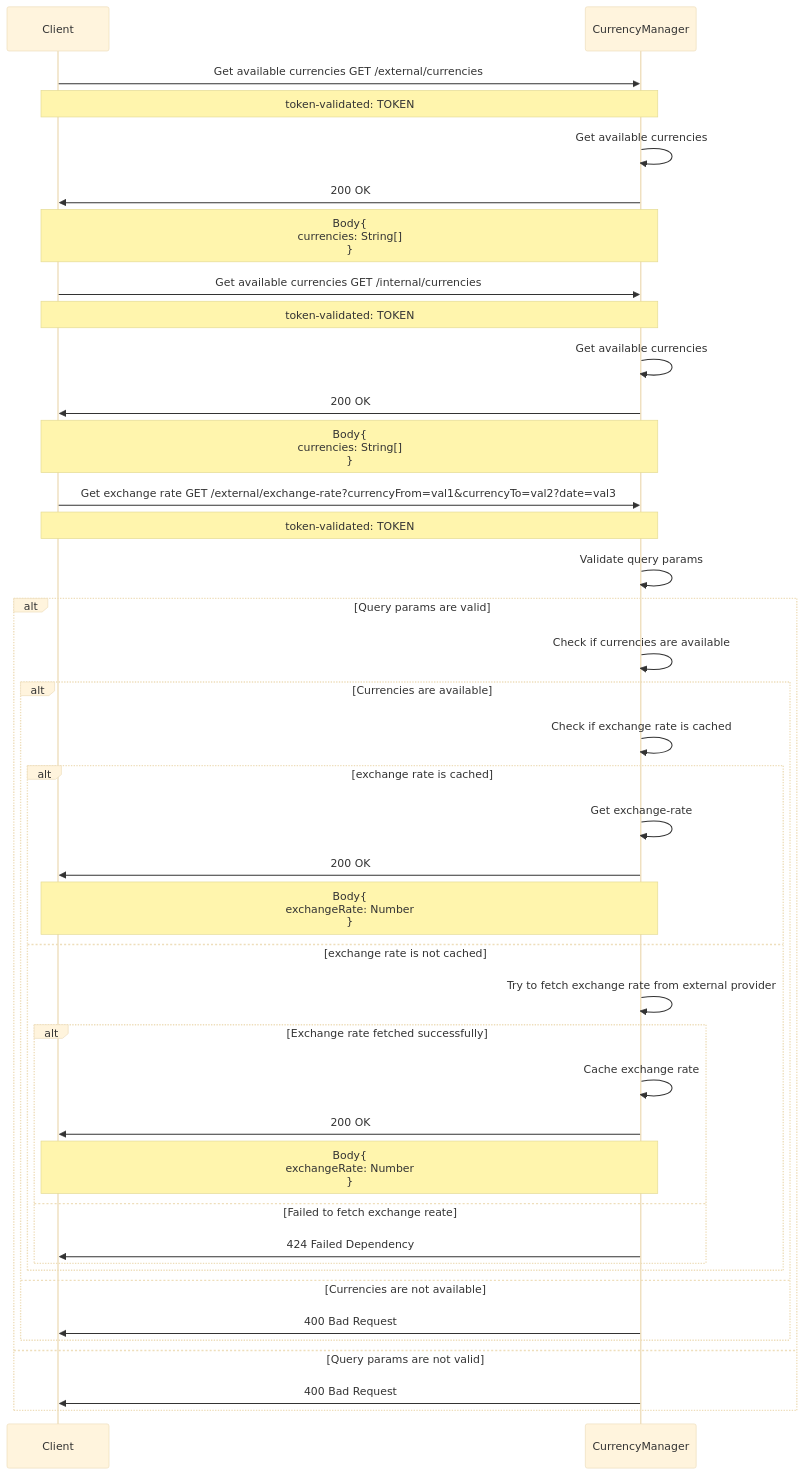
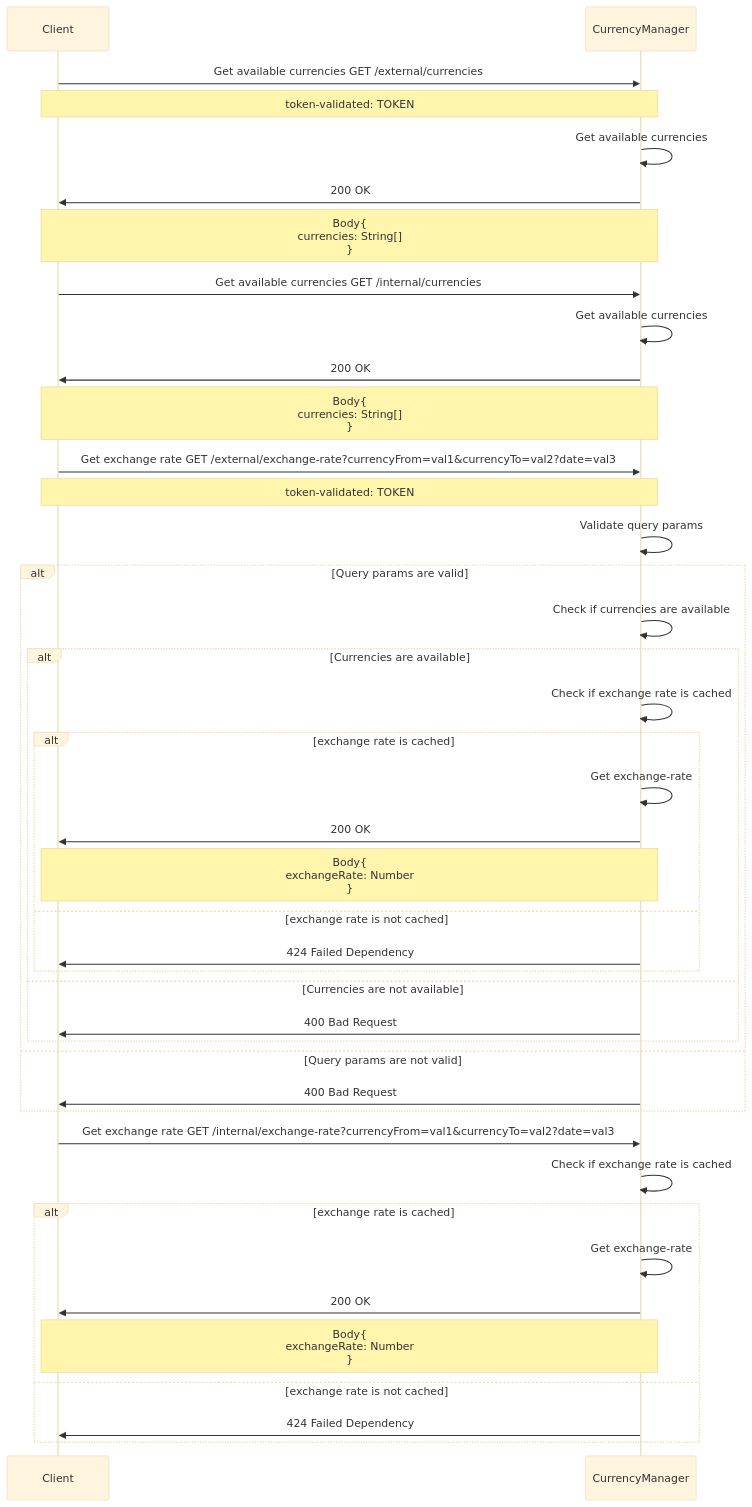
Before and after one commit to Group-Expense-Manager/gem-docs: diagram 16 of 18 in docs/contracts.md, drawn with Mermaid (base theme). The commit also changed other lines of this file, not shown here.

````diff
--- a/docs/contracts.md
+++ b/docs/contracts.md
@@ -780,52 +782,49 @@
 ```mermaid
 sequenceDiagram
     participant Client
     participant CurrencyManager
     
     
     Client->>CurrencyManager: Get available currencies GET /external/currencies
     Note over Client,CurrencyManager: token-validated: TOKEN
     CurrencyManager->>CurrencyManager: Get available currencies
     CurrencyManager->>Client: 200 OK
     Note over CurrencyManager,Client: Body{<br> currencies: String[]<br>}
 
     Client->>CurrencyManager: Get available currencies GET /internal/currencies
-    Note over Client,CurrencyManager: token-validated: TOKEN
     CurrencyManager->>CurrencyManager: Get available currencies
     CurrencyManager->>Client: 200 OK
     Note over CurrencyManager,Client: Body{<br> currencies: String[]<br>}
 
     Client->>CurrencyManager: Get exchange rate GET /external/exchange-rate?currencyFrom=val1&currencyTo=val2?date=val3
     Note over Client,CurrencyManager: token-validated: TOKEN
     CurrencyManager->>CurrencyManager: Validate query params
     alt Query params are valid
         CurrencyManager->>CurrencyManager: Check if currencies are available
         alt Currencies are available
             CurrencyManager->>CurrencyManager: Check if exchange rate is cached
             alt exchange rate is cached
                 CurrencyManager->>CurrencyManager: Get exchange-rate
                 CurrencyManager->>Client: 200 OK
                 Note over CurrencyManager,Client: Body{<br> exchangeRate: Number<br>}
             else exchange rate is not cached
-                CurrencyManager->>CurrencyManager: Try to fetch exchange rate from external provider
-                alt Exchange rate fetched successfully
-                    CurrencyManager->>CurrencyManager: Cache exchange rate
-                    CurrencyManager->>Client: 200 OK
-                    Note over CurrencyManager,Client: Body{<br> exchangeRate: Number<br>}
-                else Failed to fetch exchange reate
-                    CurrencyManager->>Client: 424 Failed Dependency
-                end
+                CurrencyManager->>Client: 424 Failed Dependency
             end
         else Currencies are not available
             CurrencyManager->>Client: 400 Bad Request
         end
     else Query params are not valid
         CurrencyManager->>Client: 400 Bad Request
     end
 
-
-
-
-
+    Client->>CurrencyManager: Get exchange rate GET /internal/exchange-rate?currencyFrom=val1&currencyTo=val2?date=val3
+    CurrencyManager->>CurrencyManager: Check if exchange rate is cached
+    alt exchange rate is cached
+        CurrencyManager->>CurrencyManager: Get exchange-rate
+        CurrencyManager->>Client: 200 OK
+        Note over CurrencyManager,Client: Body{<br> exchangeRate: Number<br>}
+    else exchange rate is not cached
+        CurrencyManager->>Client: 424 Failed Dependency
+    end
 
 ```
````
